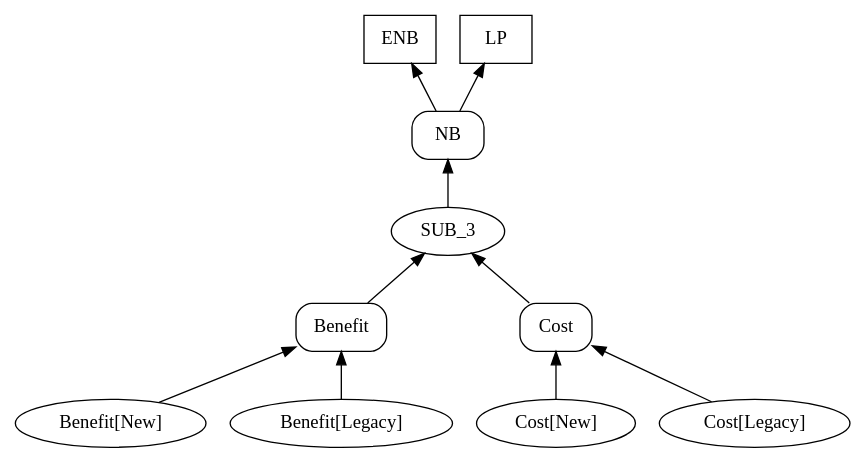
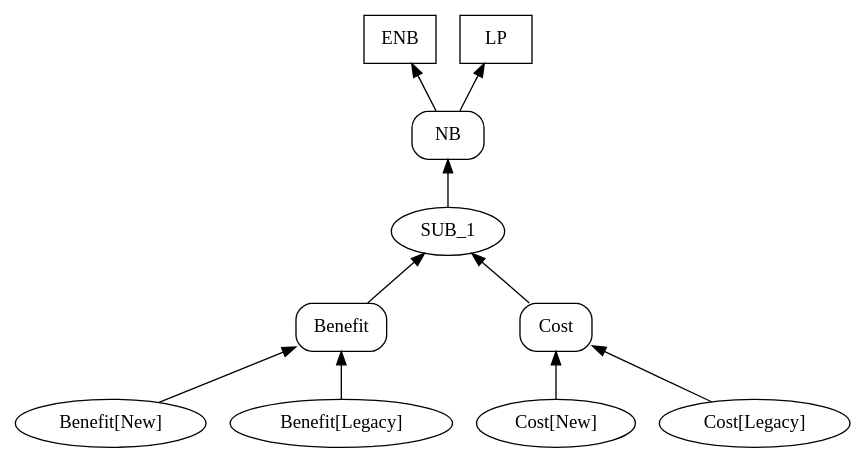
The diagram in uk.ac.ucl.cs.results/CVB/graph/vgraph.dot (sbusari/RADAR2), drawn with Graphviz before and after one commit. The commit also changed 55 other files, not shown here.

```diff
--- a/uk.ac.ucl.cs.results/CVB/graph/vgraph.dot
+++ b/uk.ac.ucl.cs.results/CVB/graph/vgraph.dot
@@ -1,22 +1,22 @@
 digraph G { 
 rankdir = BT; 
 edge[dir=forward]; 
 ENB[shape=box]
 NB[shape=box, style=rounded]
 Benefit[shape=box, style=rounded]
 "Benefit[New]"[shape=ellipse]
 "Benefit[Legacy]"[shape=ellipse]
 Cost[shape=box, style=rounded]
 "Cost[New]"[shape=ellipse]
 "Cost[Legacy]"[shape=ellipse]
 LP[shape=box]
 "Benefit[New]"->Benefit
 "Benefit[Legacy]"->Benefit
 "Cost[New]"->Cost
 "Cost[Legacy]"->Cost
-Benefit->"SUB_3"
-Cost->"SUB_3"
-"SUB_3"->NB
+Benefit->"SUB_1"
+Cost->"SUB_1"
+"SUB_1"->NB
 NB->ENB
 NB->LP
 }
```
